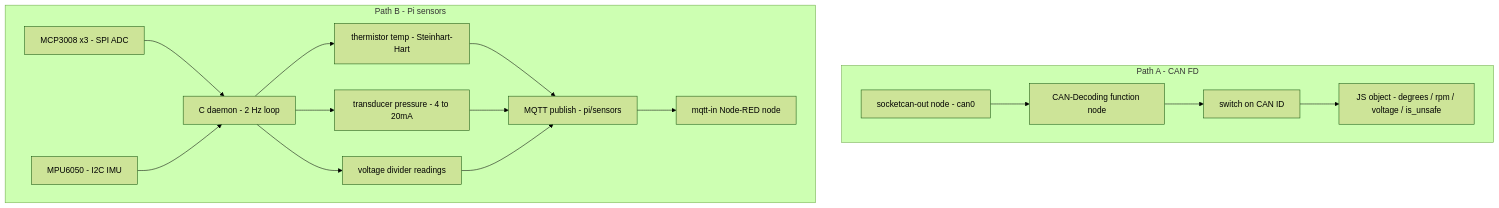
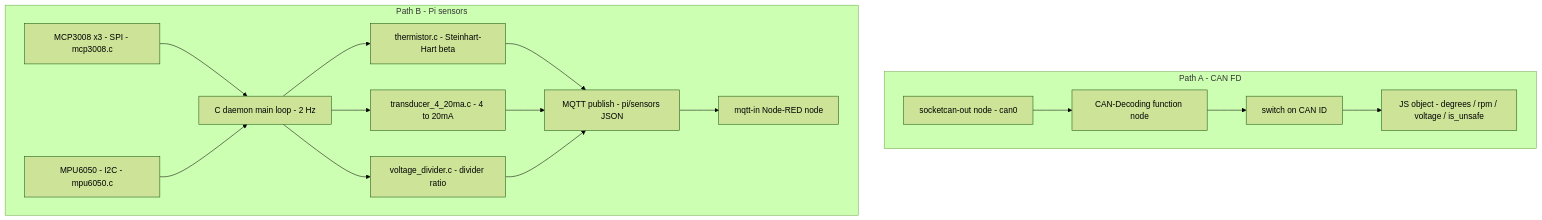
Before and after one commit to Cal-Poly-Pomona-Solar-Boat/CPPSolarBoat2025: the fourth of 6 diagrams in Node-Red-TestCode/danielCode/README.md, drawn with Mermaid (forest theme). The commit also changed other lines of this file, not shown here.

````diff
--- a/Node-Red-TestCode/danielCode/README.md
+++ b/Node-Red-TestCode/danielCode/README.md
@@ -156,25 +174,25 @@
 ```mermaid
 graph TD
     subgraph PathA["Path A - CAN FD"]
         A1[socketcan-out node - can0]
         A2[CAN-Decoding function node]
         A3[switch on CAN ID]
         A4[JS object - degrees / rpm / voltage / is_unsafe]
     end
 
     subgraph PathB["Path B - Pi sensors"]
-        B1[MCP3008 x3 - SPI ADC]
-        B2[MPU6050 - I2C IMU]
-        B3[C daemon - 2 Hz loop]
-        B4[thermistor temp - Steinhart-Hart]
-        B5[transducer pressure - 4 to 20mA]
-        B6[voltage divider readings]
-        B7[MQTT publish - pi/sensors]
+        B1[MCP3008 x3 - SPI - mcp3008.c]
+        B2[MPU6050 - I2C - mpu6050.c]
+        B3[C daemon main loop - 2 Hz]
+        B4[thermistor.c - Steinhart-Hart beta]
+        B5[transducer_4_20ma.c - 4 to 20mA]
+        B6[voltage_divider.c - divider ratio]
+        B7[MQTT publish - pi/sensors JSON]
         B8[mqtt-in Node-RED node]
     end
 
     A1 --> A2 --> A3 --> A4
     B1 & B2 --> B3
     B3 --> B4 & B5 & B6
     B4 & B5 & B6 --> B7 --> B8
 ```
````
